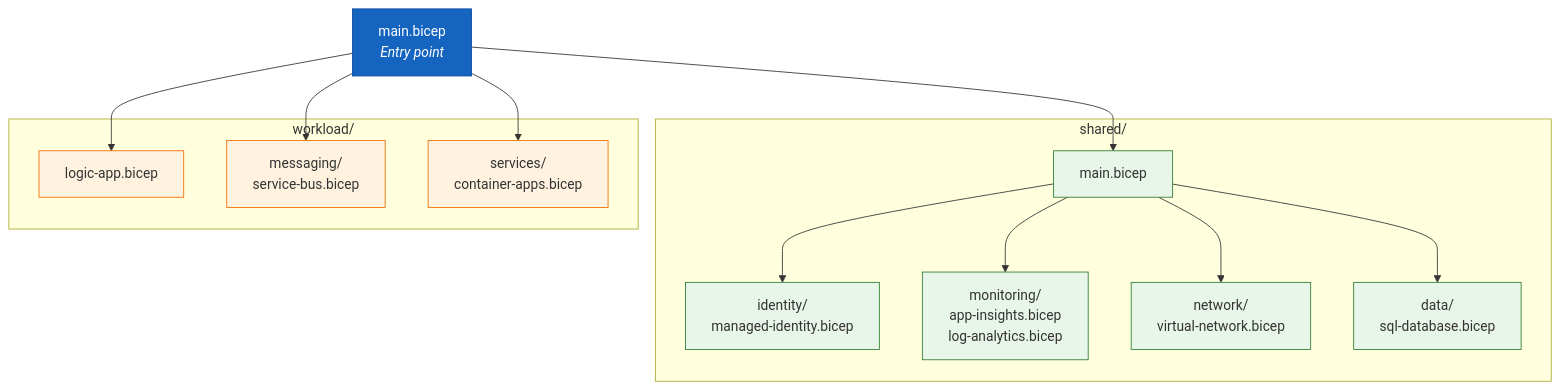
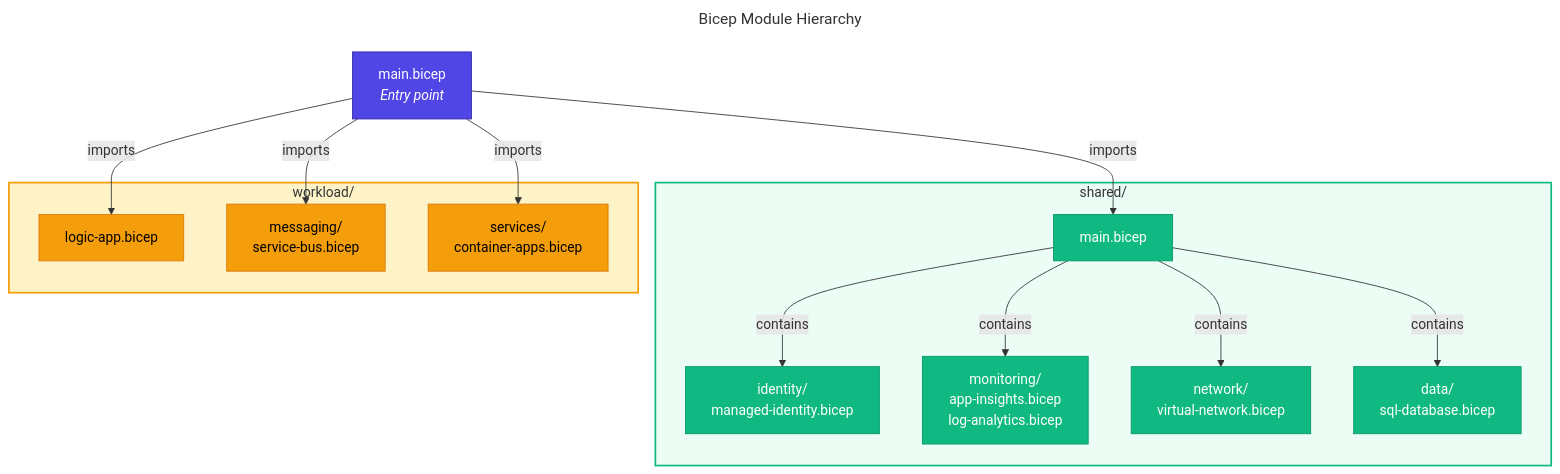
The fourth of 5 diagrams in docs/architecture/07-deployment-architecture.md (Evilazaro/Azure-LogicApps-Monitoring), drawn with Mermaid before and after one commit. The commit also changed other lines of this file, not shown here.

Commit message:
feat: Revise deployment architecture diagrams with enhanced environment configurations, connections, and visual styles

````diff
--- a/docs/architecture/07-deployment-architecture.md
+++ b/docs/architecture/07-deployment-architecture.md
@@ -236,29 +283,48 @@
 ```mermaid
+---
+title: Bicep Module Hierarchy
+---
 flowchart TB
+    %% ===== MAIN ENTRY =====
     Main["main.bicep<br/><i>Entry point</i>"]
 
+    %% ===== SHARED MODULES =====
     subgraph Shared["shared/"]
         SharedMain["main.bicep"]
         Identity["identity/<br/>managed-identity.bicep"]
         Monitoring["monitoring/<br/>app-insights.bicep<br/>log-analytics.bicep"]
         Network["network/<br/>virtual-network.bicep"]
         Data["data/<br/>sql-database.bicep"]
     end
 
+    %% ===== WORKLOAD MODULES =====
     subgraph Workload["workload/"]
         LogicApp["logic-app.bicep"]
         Messaging["messaging/<br/>service-bus.bicep"]
         Services["services/<br/>container-apps.bicep"]
     end
 
-    Main --> SharedMain & LogicApp & Messaging & Services
-    SharedMain --> Identity & Monitoring & Network & Data
+    %% ===== CONNECTIONS =====
+    Main -->|"imports"| SharedMain
+    Main -->|"imports"| LogicApp
+    Main -->|"imports"| Messaging
+    Main -->|"imports"| Services
+    SharedMain -->|"contains"| Identity
+    SharedMain -->|"contains"| Monitoring
+    SharedMain -->|"contains"| Network
+    SharedMain -->|"contains"| Data
 
-    classDef main fill:#1565c0,stroke:#0d47a1,color:#fff
-    classDef shared fill:#e8f5e9,stroke:#2e7d32
-    classDef workload fill:#fff3e0,stroke:#ef6c00
+    %% ===== STYLES - NODE CLASSES =====
+    classDef main fill:#4F46E5,stroke:#3730A3,color:#FFFFFF
+    classDef secondary fill:#10B981,stroke:#059669,color:#FFFFFF
+    classDef datastore fill:#F59E0B,stroke:#D97706,color:#000000
 
+    %% ===== CLASS ASSIGNMENTS =====
     class Main main
-    class SharedMain,Identity,Monitoring,Network,Data shared
-    class LogicApp,Messaging,Services workload
+    class SharedMain,Identity,Monitoring,Network,Data secondary
+    class LogicApp,Messaging,Services datastore
+
+    %% ===== SUBGRAPH STYLES =====
+    style Shared fill:#ECFDF5,stroke:#10B981,stroke-width:2px
+    style Workload fill:#FEF3C7,stroke:#F59E0B,stroke-width:2px
 ```
````
